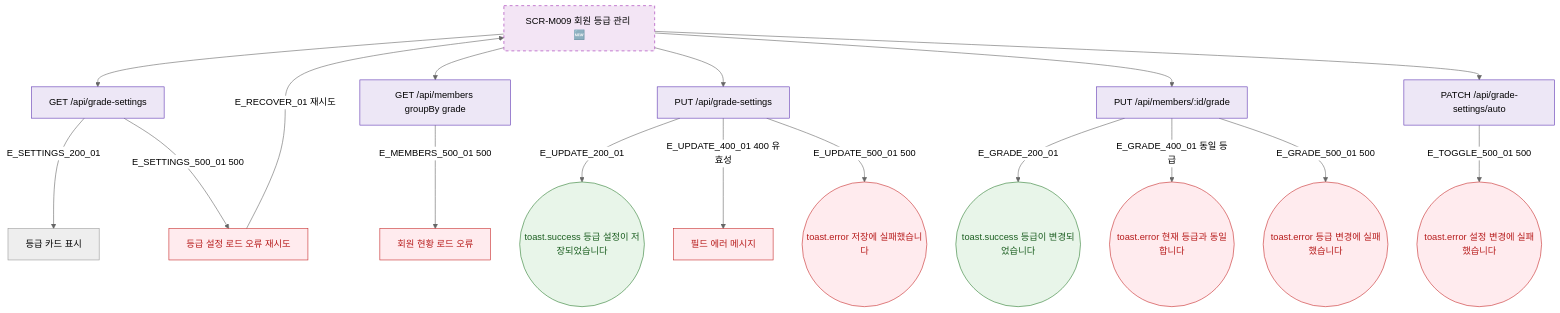
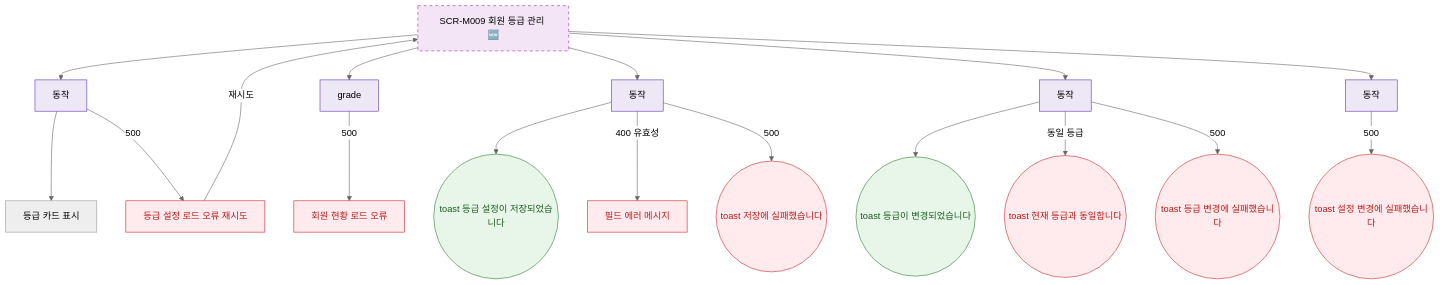
One commit to dev-spogym/admin-pando changed the diagram in docs/다이어그램/D02_회원관리/SCR-M009_등급관리/F8_에러예외.md. Above: the diagram before and after it, drawn with Mermaid (neutral theme). The commit also changed other lines of this file and 1660 other files, not shown here.

First line of the commit message:
다이어그램: 기획자/클라이언트 납품본으로 정리

````diff
--- a/docs/다이어그램/D02_회원관리/SCR-M009_등급관리/F8_에러예외.md
+++ b/docs/다이어그램/D02_회원관리/SCR-M009_등급관리/F8_에러예외.md
@@ -22,38 +20,38 @@
 ```mermaid
 flowchart TD
   SCR_M009[SCR-M009 회원 등급 관리 🆕]
 
-  SCR_M009 --> API_SETTINGS[GET /api/grade-settings]
-  SCR_M009 --> API_MEMBERS[GET /api/members groupBy grade]
-  SCR_M009 --> API_UPDATE[PUT /api/grade-settings]
-  SCR_M009 --> API_GRADE[PUT /api/members/:id/grade]
-  SCR_M009 --> API_TOGGLE[PATCH /api/grade-settings/auto]
+  SCR_M009 --> API_SETTINGS[동작]
+  SCR_M009 --> API_MEMBERS[grade]
+  SCR_M009 --> API_UPDATE[동작]
+  SCR_M009 --> API_GRADE[동작]
+  SCR_M009 --> API_TOGGLE[동작]
 
-  API_SETTINGS -->|E_SETTINGS_200_01| UI_OK[등급 카드 표시]
-  API_SETTINGS -->|E_SETTINGS_500_01 500| ERR_SETTINGS[등급 설정 로드 오류 재시도]
+  API_SETTINGS --> UI_OK[등급 카드 표시]
+  API_SETTINGS -->|500|ERR_SETTINGS[등급 설정 로드 오류 재시도]
 
-  API_MEMBERS  -->|E_MEMBERS_500_01 500| ERR_MEMBERS[회원 현황 로드 오류]
+  API_MEMBERS -->|500|ERR_MEMBERS[회원 현황 로드 오류]
 
-  API_UPDATE   -->|E_UPDATE_200_01| TOAST_UPDATE_OK((toast.success 등급 설정이 저장되었습니다))
-  API_UPDATE   -->|E_UPDATE_400_01 400 유효성| ERR_UPDATE_400[필드 에러 메시지]
-  API_UPDATE   -->|E_UPDATE_500_01 500| TOAST_UPDATE_ERR((toast.error 저장에 실패했습니다))
+  API_UPDATE --> TOAST_UPDATE_OK((toast 등급 설정이 저장되었습니다))
+  API_UPDATE -->|400 유효성|ERR_UPDATE_400[필드 에러 메시지]
+  API_UPDATE -->|500|TOAST_UPDATE_ERR((toast 저장에 실패했습니다))
 
-  API_GRADE    -->|E_GRADE_200_01| TOAST_GRADE_OK((toast.success 등급이 변경되었습니다))
-  API_GRADE    -->|E_GRADE_400_01 동일 등급| TOAST_GRADE_400((toast.error 현재 등급과 동일합니다))
-  API_GRADE    -->|E_GRADE_500_01 500| TOAST_GRADE_ERR((toast.error 등급 변경에 실패했습니다))
+  API_GRADE --> TOAST_GRADE_OK((toast 등급이 변경되었습니다))
+  API_GRADE -->|동일 등급|TOAST_GRADE_400((toast 현재 등급과 동일합니다))
+  API_GRADE -->|500|TOAST_GRADE_ERR((toast 등급 변경에 실패했습니다))
 
-  API_TOGGLE   -->|E_TOGGLE_500_01 500| TOAST_TOGGLE_ERR((toast.error 설정 변경에 실패했습니다))
+  API_TOGGLE -->|500|TOAST_TOGGLE_ERR((toast 설정 변경에 실패했습니다))
 
-  ERR_SETTINGS -->|E_RECOVER_01 재시도| SCR_M009
+  ERR_SETTINGS -->|재시도|SCR_M009
 
-  classDef screen     fill:#E3F2FD,stroke:#1976D2,color:#0D47A1
+  classDef screen fill:#E3F2FD,stroke:#1976D2,color:#0D47A1
   classDef newFeature fill:#F3E5F5,stroke:#9C27B0,stroke-dasharray:5 5
-  classDef success    fill:#E8F5E9,stroke:#2E7D32,color:#1B5E20
-  classDef error      fill:#FFEBEE,stroke:#C62828,color:#B71C1C
-  classDef system     fill:#EDE7F6,stroke:#5E35B2
+  classDef success fill:#E8F5E9,stroke:#2E7D32,color:#1B5E20
+  classDef error fill:#FFEBEE,stroke:#C62828,color:#B71C1C
+  classDef system fill:#EDE7F6,stroke:#5E35B2
 
   class SCR_M009 newFeature
   class TOAST_UPDATE_OK,TOAST_GRADE_OK success
   class ERR_SETTINGS,ERR_MEMBERS,ERR_UPDATE_400,TOAST_UPDATE_ERR,TOAST_GRADE_400,TOAST_GRADE_ERR,TOAST_TOGGLE_ERR error
   class API_SETTINGS,API_MEMBERS,API_UPDATE,API_GRADE,API_TOGGLE system
 ```
````
